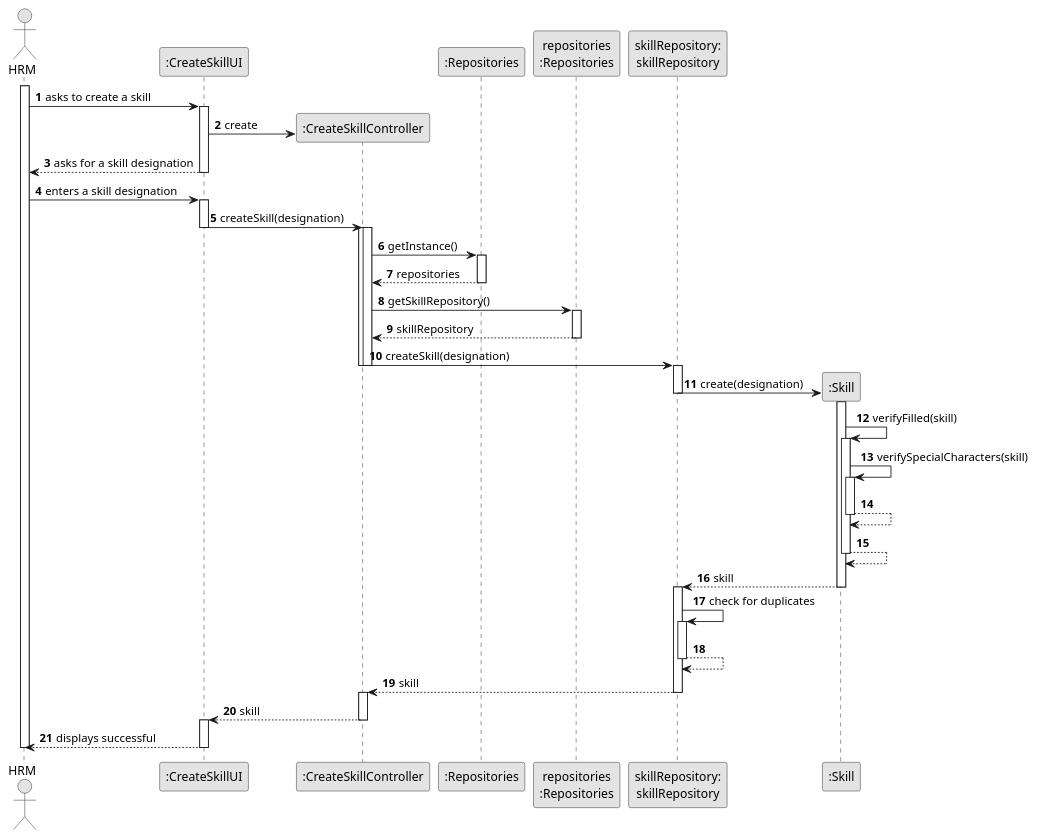
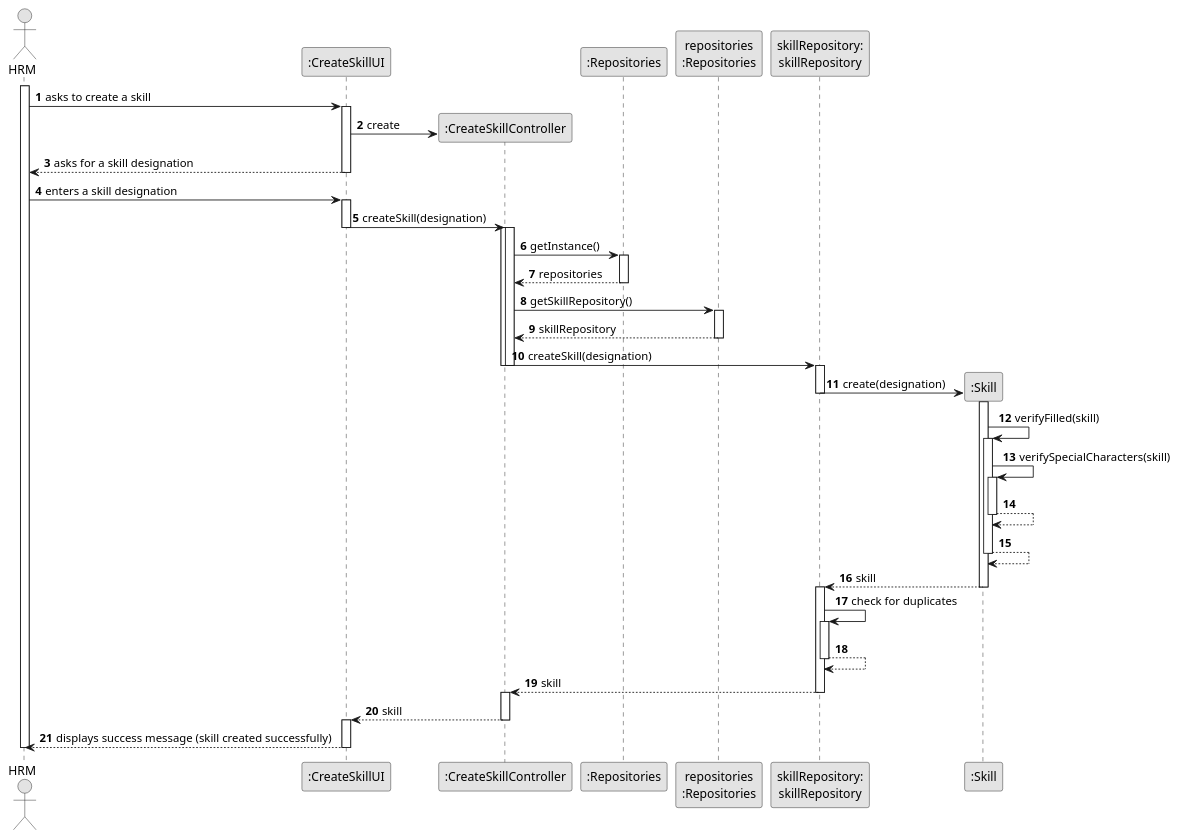
One commit to ricardomm7/leaflink changed the diagram in docs/sprintB/us001/03.design/puml/us001-sequence-diagram-full.puml. Above: the diagram before and after it, drawn with PlantUML. The commit also changed 20 other files, not shown here.

```diff
--- a/docs/sprintB/us001/03.design/puml/us001-sequence-diagram-full.puml
+++ b/docs/sprintB/us001/03.design/puml/us001-sequence-diagram-full.puml
@@ -1,87 +1,87 @@
 @startuml
 skinparam monochrome true
 skinparam packageStyle rectangle
 skinparam shadowing false
 
 autonumber
 
 actor "HRM" as HRM
 participant ":CreateSkillUI" as UI
 participant ":CreateSkillController" as CTRL
 participant ":Repositories" as GlobRepo
 participant "repositories\n:Repositories" as PLAT
 participant "skillRepository:\nskillRepository" as skillRepository
 participant ":Skill" as Skill
 
 activate HRM
 
 HRM ->UI : asks to create a skill
 activate UI
 
 UI -> CTRL** : create
 
 UI --> HRM : asks for a skill designation
 deactivate UI
 
 HRM -> UI : enters a skill designation
 activate UI
 
 UI->CTRL : createSkill(designation)
 deactivate UI
 activate CTRL
 
 activate CTRL
 CTRL -> GlobRepo : getInstance()
 activate GlobRepo
 GlobRepo --> CTRL : repositories
 deactivate GlobRepo
 
 CTRL -> PLAT : getSkillRepository()
 activate PLAT
 PLAT -->  CTRL: skillRepository
 deactivate PLAT
 
 CTRL -> skillRepository : createSkill(designation)
 deactivate CTRL
 deactivate CTRL
 activate skillRepository
 
     skillRepository -> Skill** : create(designation)
     deactivate skillRepository
 
         activate Skill
 
     Skill -> Skill : verifyFilled(skill)
         activate Skill
         Skill -> Skill : verifySpecialCharacters(skill)
         activate Skill
         Skill --> Skill
     deactivate Skill
     Skill --> Skill
     deactivate Skill
 
     Skill --> skillRepository : skill
      deactivate Skill
     activate skillRepository
 
     skillRepository -> skillRepository : check for duplicates
     activate skillRepository
     skillRepository -->skillRepository
     deactivate skillRepository
     deactivate Skill
 
     CTRL <-- skillRepository : skill
     deactivate skillRepository
     activate CTRL
 
 
 
     CTRL --> UI : skill
     deactivate CTRL
     activate UI
 
 
-    UI --> HRM : displays successful
+    UI --> HRM : displays success message (skill created successfully)
     deactivate UI
 deactivate HRM
 @enduml
```
